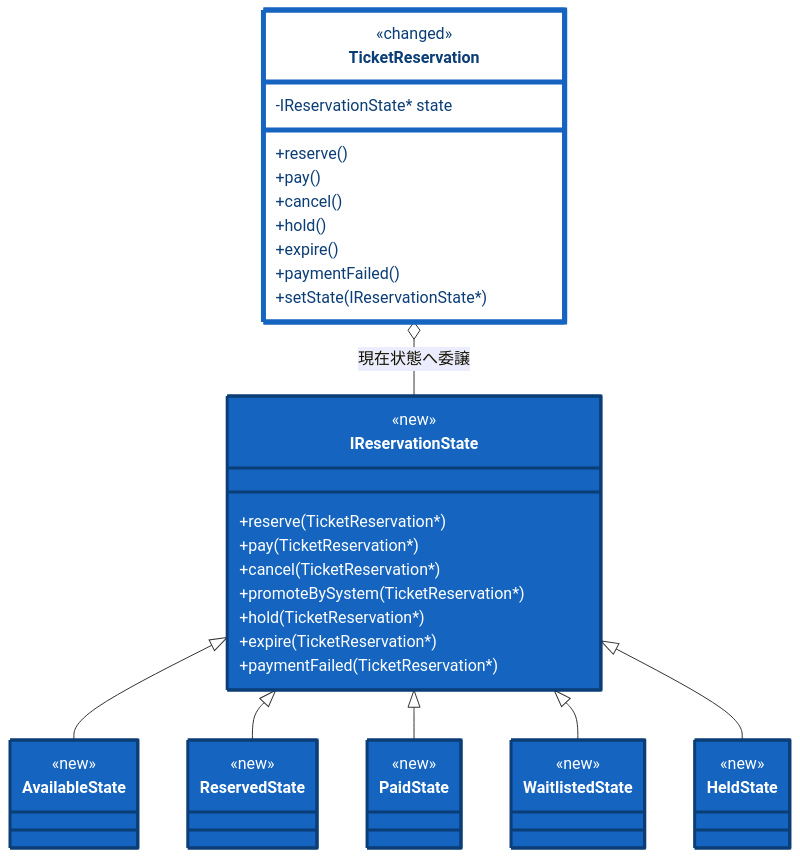
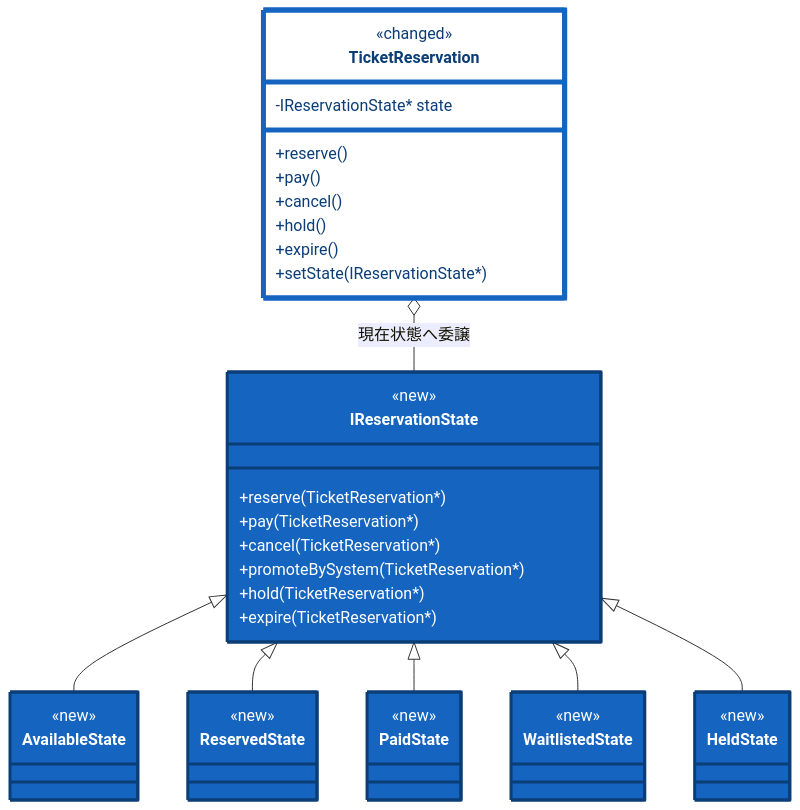
One commit to kumachan1101-pixel/DesignPattern changed diagram 12 of 20 in kindle/design-patterns/books/volume01-core-patterns/output/04-chapter02.md. Above: the diagram before and after it, drawn with Mermaid. The commit also changed other lines of this file and 41 other files, not shown here.

````diff
--- a/kindle/design-patterns/books/volume01-core-patterns/output/04-chapter02.md
+++ b/kindle/design-patterns/books/volume01-core-patterns/output/04-chapter02.md
@@ -2018,49 +2071,47 @@
 ```mermaid
 classDiagram
     direction TB
     class TicketReservation:::touched {
         <<changed>>
         -IReservationState* state
         +reserve()
         +pay()
         +cancel()
         +hold()
         +expire()
-        +paymentFailed()
         +setState(IReservationState*)
     }
     class IReservationState:::added {
         <<new>>
         +reserve(TicketReservation*)
         +pay(TicketReservation*)
         +cancel(TicketReservation*)
         +promoteBySystem(TicketReservation*)
         +hold(TicketReservation*)
         +expire(TicketReservation*)
-        +paymentFailed(TicketReservation*)
     }
     class AvailableState:::added {
         <<new>>
     }
     class ReservedState:::added {
         <<new>>
     }
     class PaidState:::added {
         <<new>>
     }
     class WaitlistedState:::added {
         <<new>>
     }
     class HeldState:::added {
         <<new>>
     }
     TicketReservation o-- IReservationState : 現在状態へ委譲
     IReservationState <|-- AvailableState
     IReservationState <|-- ReservedState
     IReservationState <|-- PaidState
     IReservationState <|-- WaitlistedState
     IReservationState <|-- HeldState
 
     classDef added fill:#1565c0,stroke:#0b3d76,stroke-width:3px,color:#ffffff;
     classDef touched fill:#ffffff,stroke:#1565c0,stroke-width:5px,color:#0b3d76;
 ```
````
